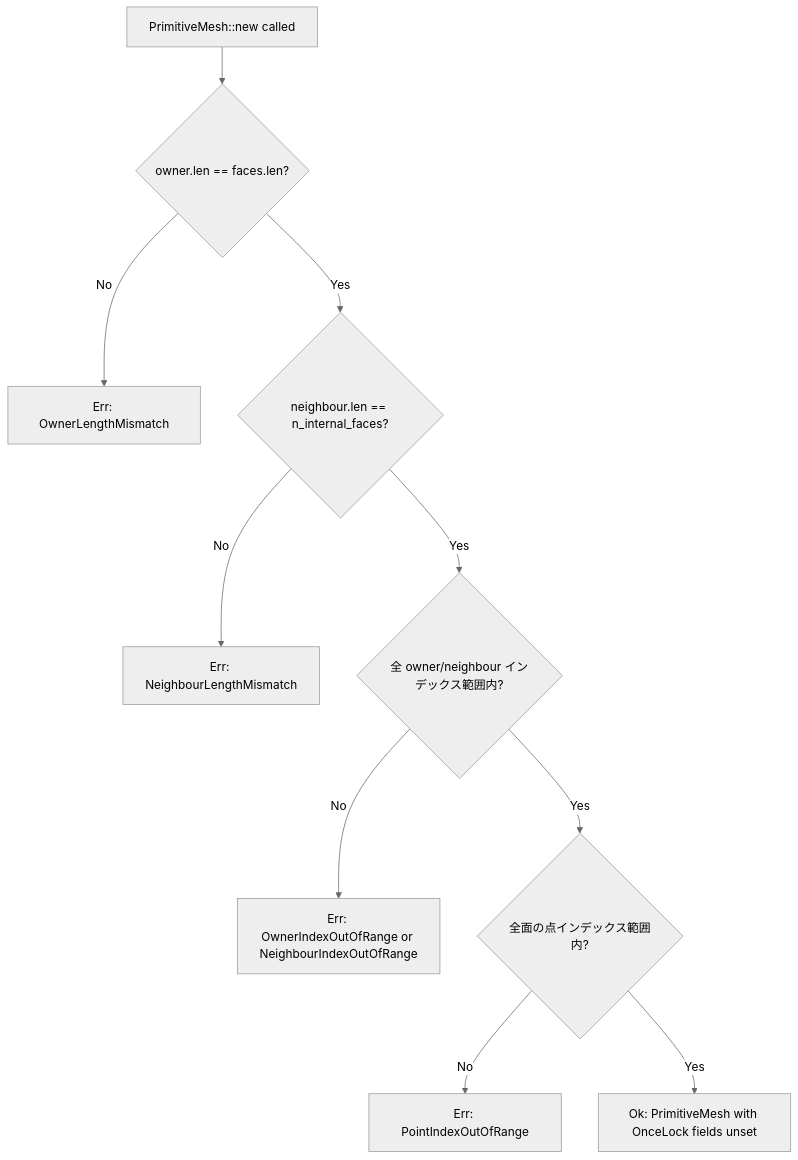
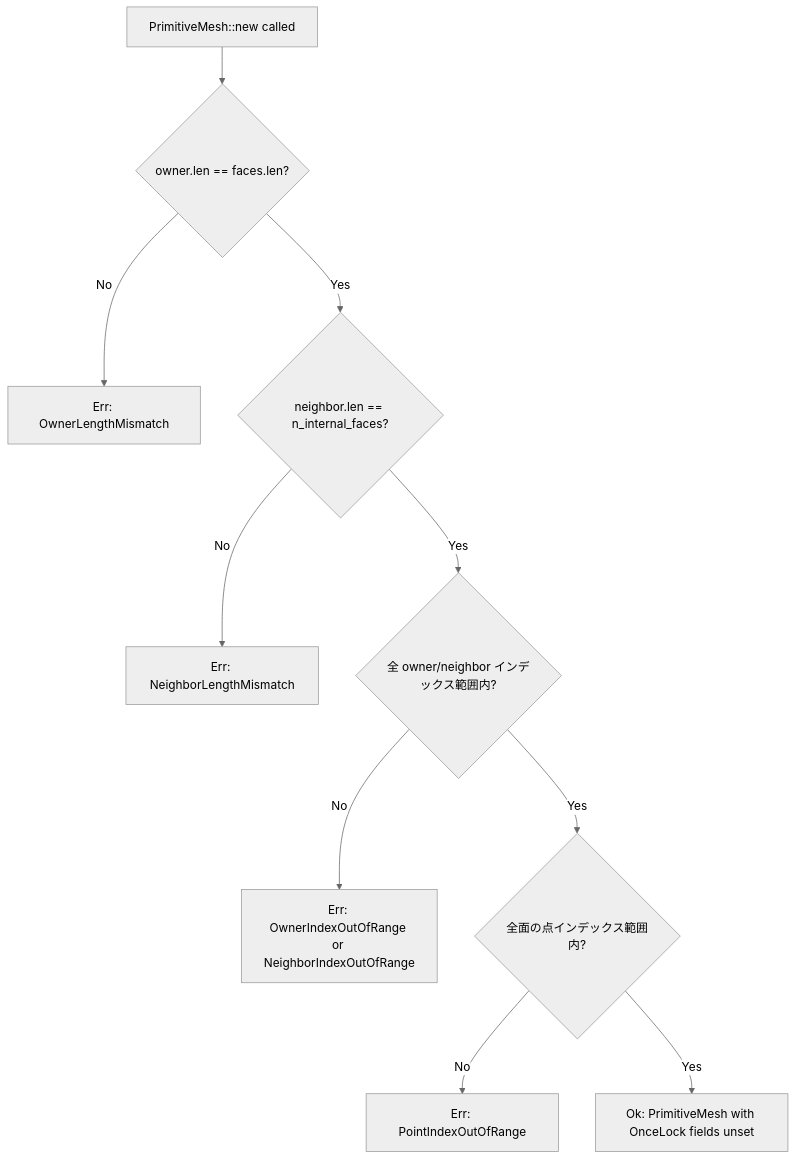
Before and after one commit to mat-der-D/dugong: the second of 3 diagrams in .kiro/specs/mesh-primitive/design.md, drawn with Mermaid (neutral theme). The commit also changed other lines of this file and 10 other files, not shown here.

````diff
--- a/.kiro/specs/mesh-primitive/design.md
+++ b/.kiro/specs/mesh-primitive/design.md
@@ -92,12 +92,12 @@
 ```mermaid
 graph TD
     A[PrimitiveMesh::new called] --> B{owner.len == faces.len?}
     B -- No --> E1[Err: OwnerLengthMismatch]
-    B -- Yes --> C{neighbour.len == n_internal_faces?}
-    C -- No --> E2[Err: NeighbourLengthMismatch]
-    C -- Yes --> D{全 owner/neighbour インデックス範囲内?}
-    D -- No --> E3[Err: OwnerIndexOutOfRange or NeighbourIndexOutOfRange]
+    B -- Yes --> C{neighbor.len == n_internal_faces?}
+    C -- No --> E2[Err: NeighborLengthMismatch]
+    C -- Yes --> D{全 owner/neighbor インデックス範囲内?}
+    D -- No --> E3[Err: OwnerIndexOutOfRange or NeighborIndexOutOfRange]
     D -- Yes --> F{全面の点インデックス範囲内?}
     F -- No --> E4[Err: PointIndexOutOfRange]
     F -- Yes --> G[Ok: PrimitiveMesh with OnceLock fields unset]
 ```
````
